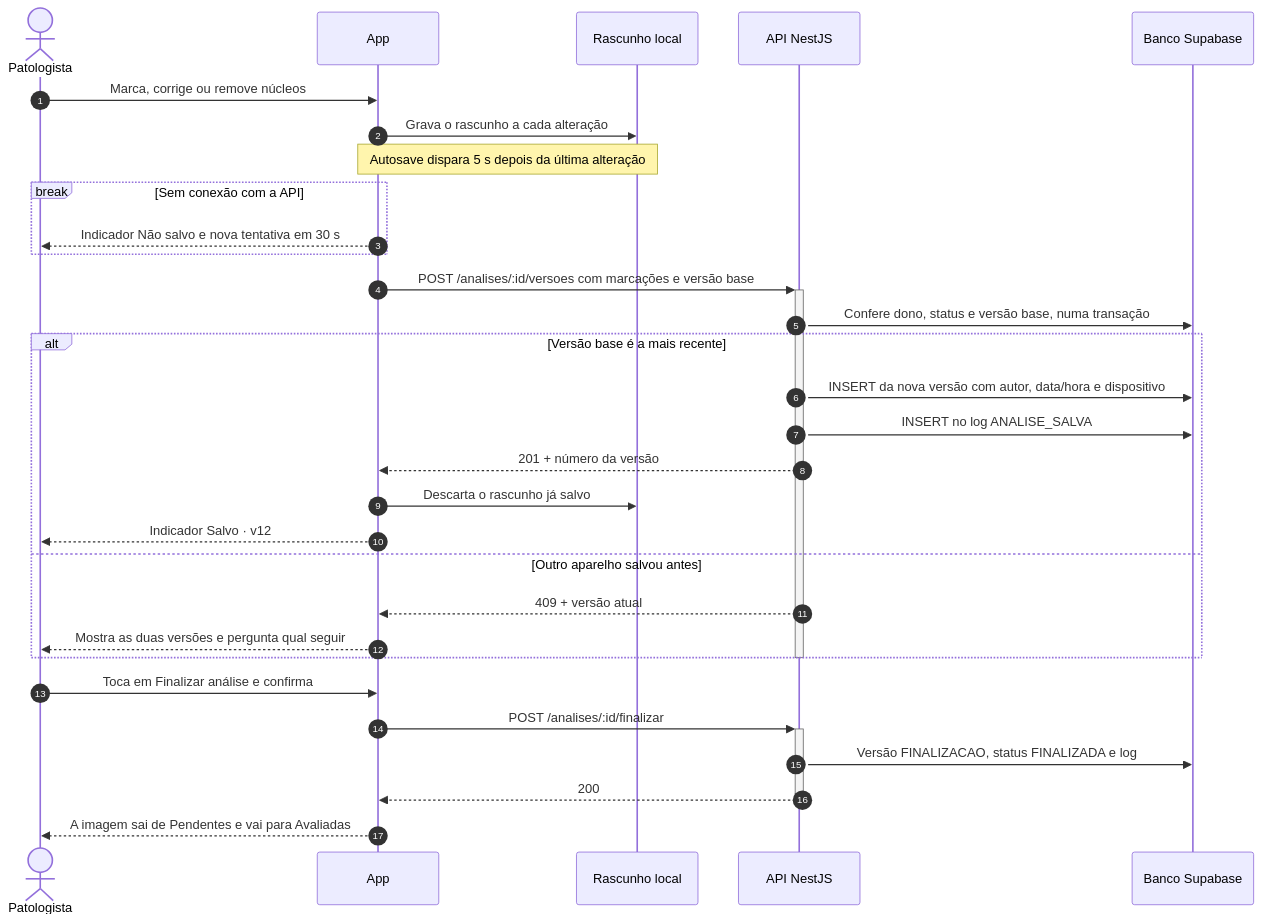
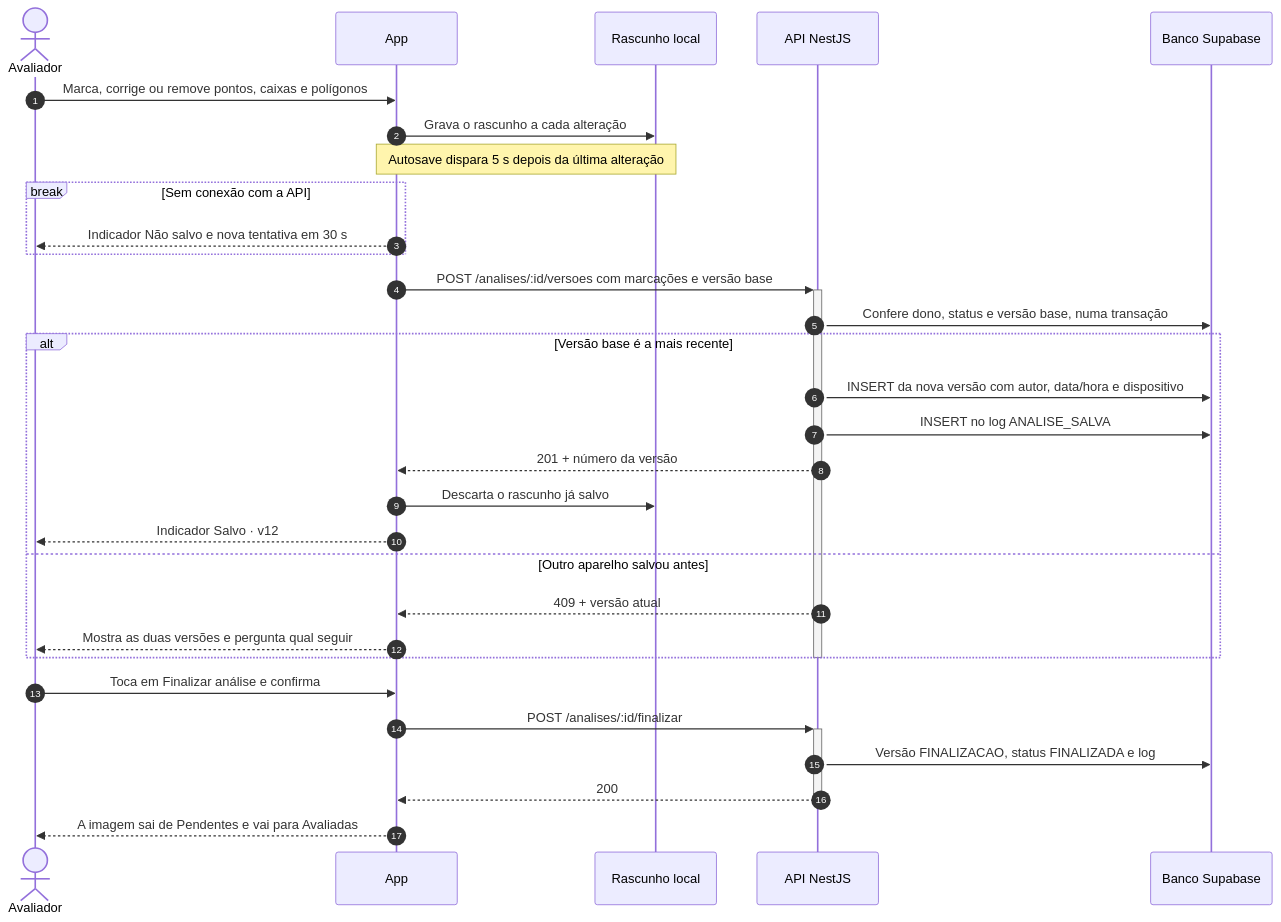
Before and after one commit to Matheus-Lordron/ki67: the eighth of 13 diagrams in docs/02-arquitetura.md, drawn with Mermaid. The commit also changed other lines of this file and 6 other files, not shown here.

````diff
--- a/docs/02-arquitetura.md
+++ b/docs/02-arquitetura.md
@@ -284,36 +336,36 @@
 ```mermaid
 sequenceDiagram
     autonumber
-    actor P as Patologista
+    actor A as Avaliador
     participant App
     participant Local as Rascunho local
     participant API as API NestJS
     participant DB as Banco Supabase
 
-    P->>App: Marca, corrige ou remove núcleos
+    A->>App: Marca, corrige ou remove pontos, caixas e polígonos
     App->>Local: Grava o rascunho a cada alteração
     Note over App,Local: Autosave dispara 5 s depois da última alteração
     break Sem conexão com a API
-        App-->>P: Indicador Não salvo e nova tentativa em 30 s
+        App-->>A: Indicador Não salvo e nova tentativa em 30 s
     end
     App->>+API: POST /analises/:id/versoes com marcações e versão base
     API->>DB: Confere dono, status e versão base, numa transação
     alt Versão base é a mais recente
         API->>DB: INSERT da nova versão com autor, data/hora e dispositivo
         API->>DB: INSERT no log ANALISE_SALVA
         API-->>App: 201 + número da versão
         App->>Local: Descarta o rascunho já salvo
-        App-->>P: Indicador Salvo · v12
+        App-->>A: Indicador Salvo · v12
     else Outro aparelho salvou antes
         API-->>App: 409 + versão atual
-        App-->>P: Mostra as duas versões e pergunta qual seguir
+        App-->>A: Mostra as duas versões e pergunta qual seguir
     end
     deactivate API
 
-    P->>App: Toca em Finalizar análise e confirma
+    A->>App: Toca em Finalizar análise e confirma
     App->>+API: POST /analises/:id/finalizar
     API->>DB: Versão FINALIZACAO, status FINALIZADA e log
     API-->>App: 200
     deactivate API
-    App-->>P: A imagem sai de Pendentes e vai para Avaliadas
+    App-->>A: A imagem sai de Pendentes e vai para Avaliadas
 ```
````
